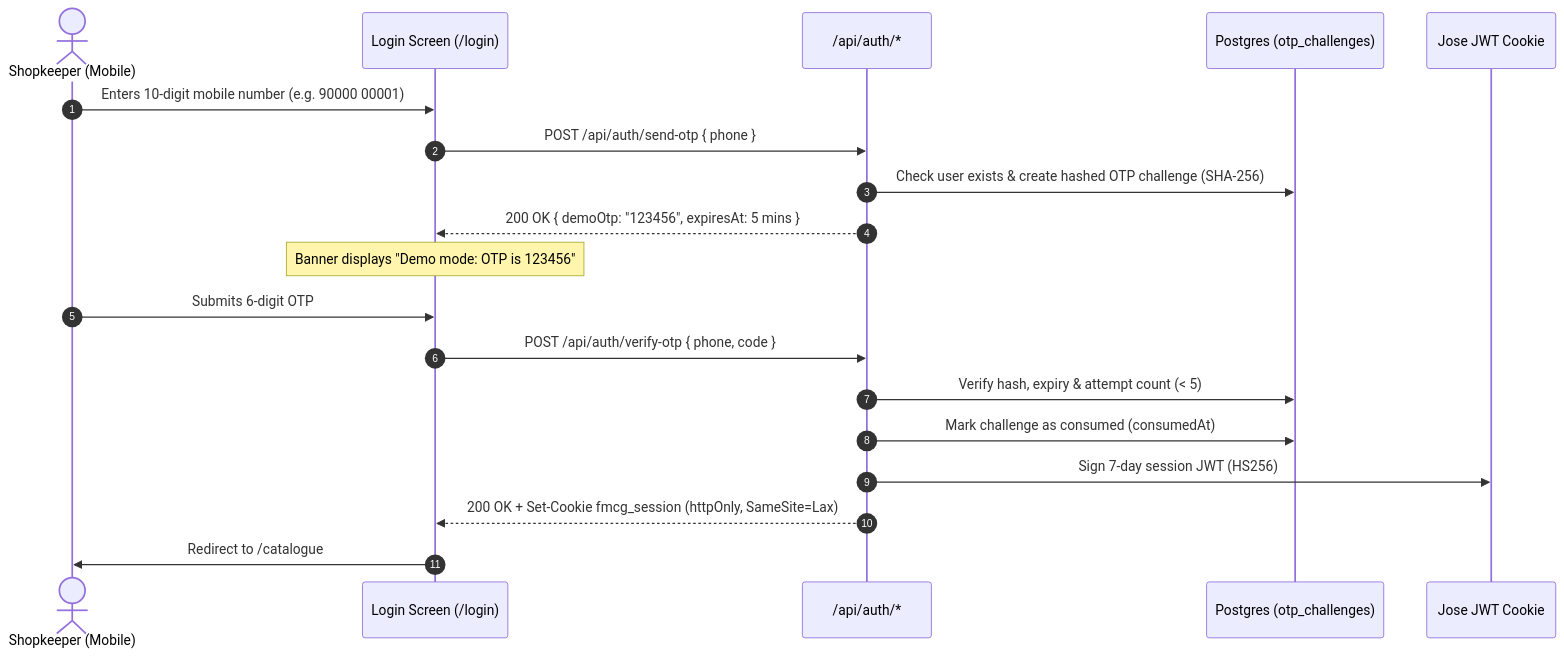
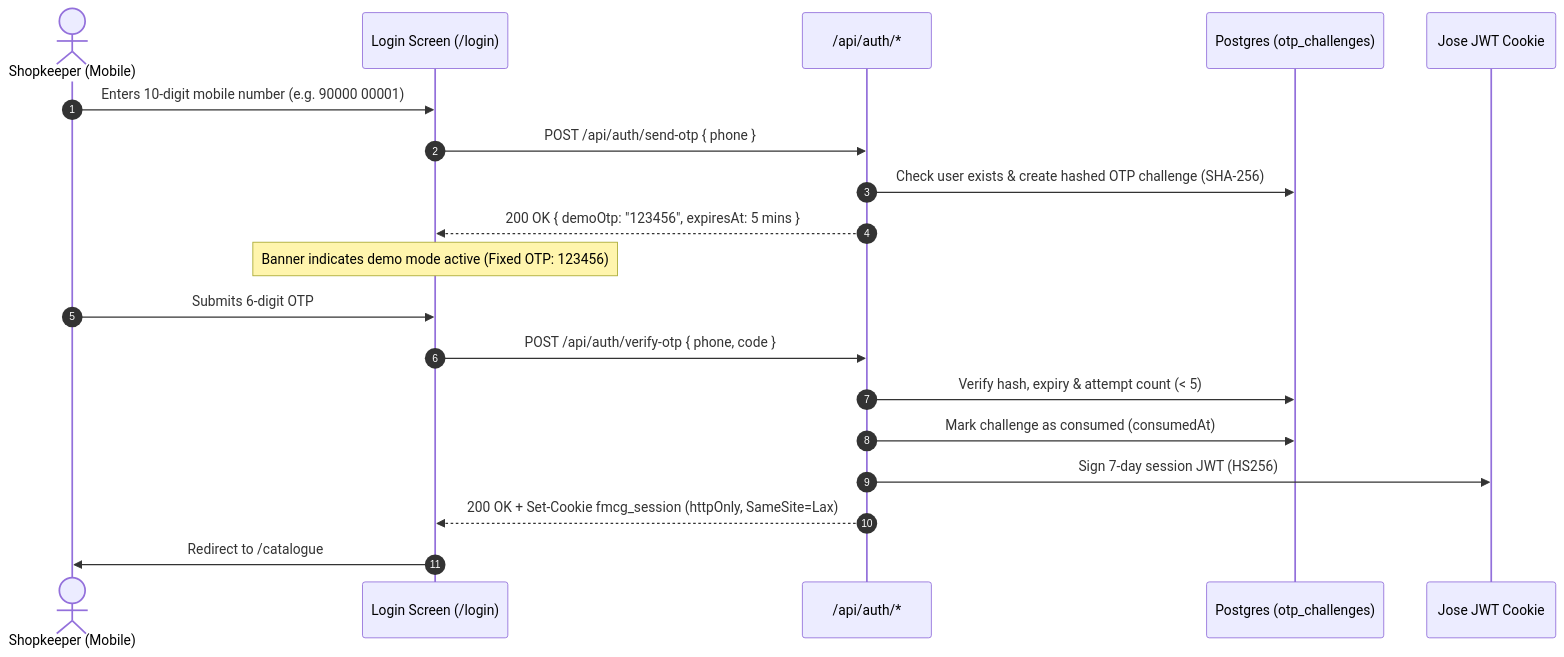
Before and after one commit to SinghalSahab/isocode-proj: the second of 10 diagrams in docs/flow.md, drawn with Mermaid. The commit also changed 13 other files, not shown here.

Commit message:
chore: make test database optional, hide on-screen demo OTP, and update deployment credentials

````diff
--- a/docs/flow.md
+++ b/docs/flow.md
@@ -63,23 +63,23 @@
 ```mermaid
 sequenceDiagram
     autonumber
     actor Retailer as Shopkeeper (Mobile)
     participant UI as Login Screen (/login)
     participant AuthAPI as /api/auth/*
     participant DB as Postgres (otp_challenges)
     participant Session as Jose JWT Cookie
 
     Retailer->>UI: Enters 10-digit mobile number (e.g. 90000 00001)
     UI->>AuthAPI: POST /api/auth/send-otp { phone }
     AuthAPI->>DB: Check user exists & create hashed OTP challenge (SHA-256)
     AuthAPI-->>UI: 200 OK { demoOtp: "123456", expiresAt: 5 mins }
-    Note over UI: Banner displays "Demo mode: OTP is 123456"
+    Note over UI: Banner indicates demo mode active (Fixed OTP: 123456)
 
     Retailer->>UI: Submits 6-digit OTP
     UI->>AuthAPI: POST /api/auth/verify-otp { phone, code }
     AuthAPI->>DB: Verify hash, expiry & attempt count (< 5)
     AuthAPI->>DB: Mark challenge as consumed (consumedAt)
     AuthAPI->>Session: Sign 7-day session JWT (HS256)
     AuthAPI-->>UI: 200 OK + Set-Cookie fmcg_session (httpOnly, SameSite=Lax)
     UI->>Retailer: Redirect to /catalogue
 ```
````
